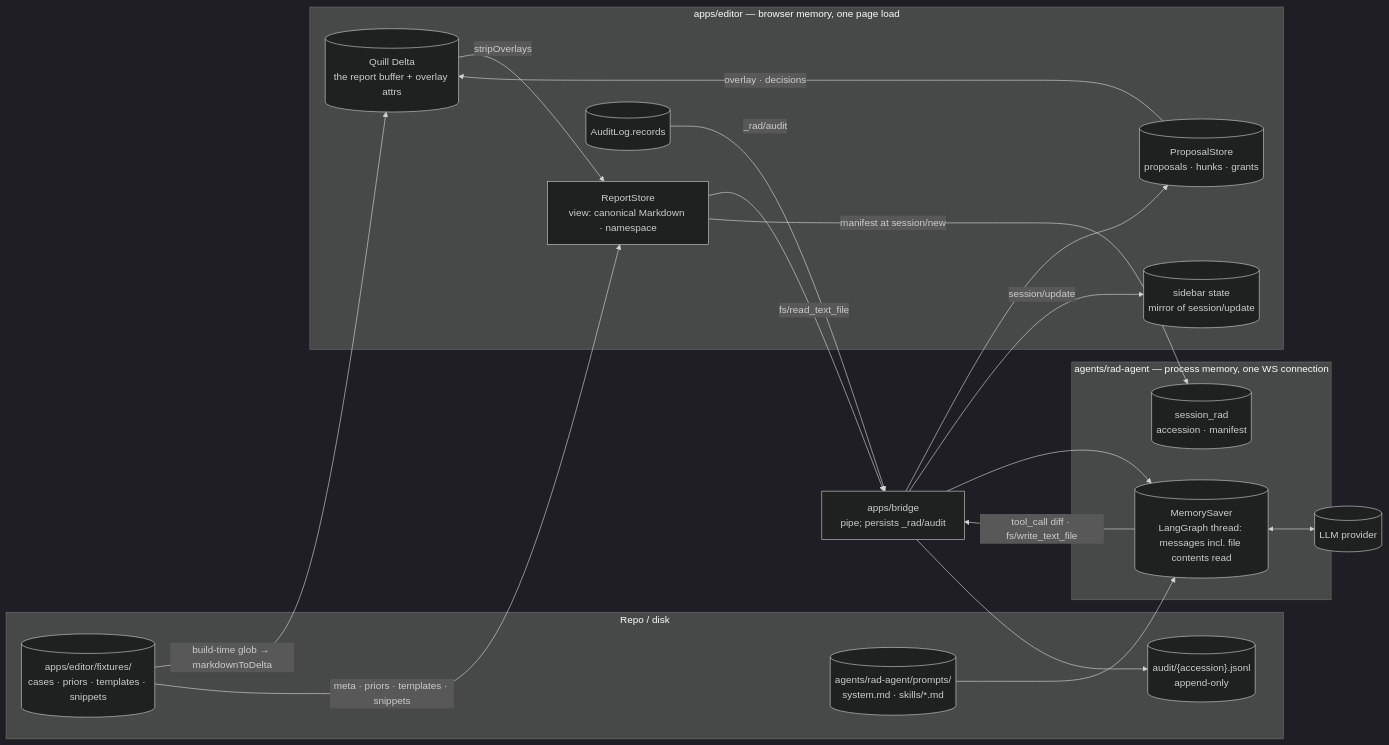
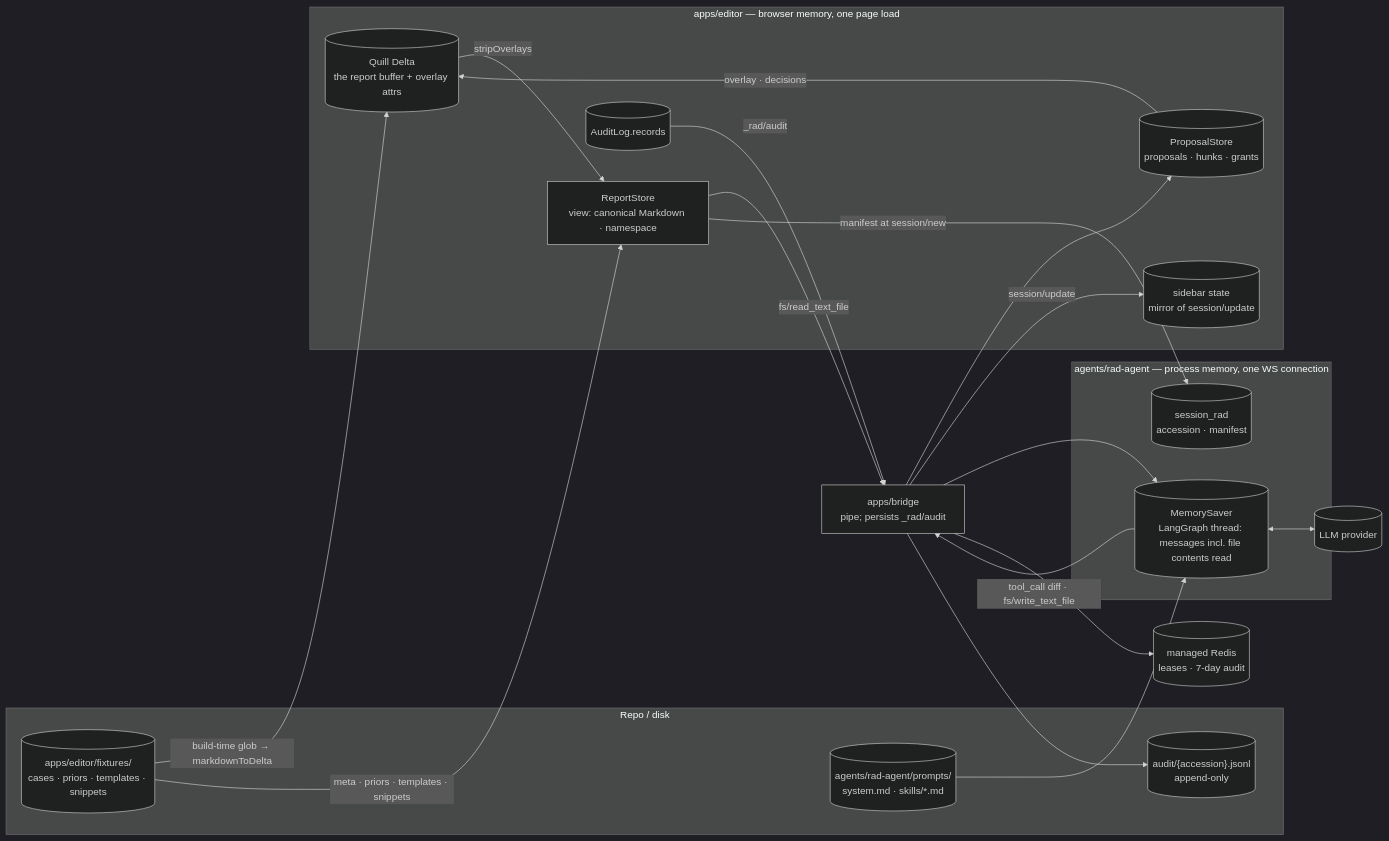
Before and after one commit to Lightbridge-KS/acp-rad-demo: the first of 4 diagrams in docs/design/05-data-architecture.md, drawn with Mermaid (dark theme). The commit also changed other lines of this file and 27 other files, not shown here.

````diff
--- a/docs/design/05-data-architecture.md
+++ b/docs/design/05-data-architecture.md
@@ -28,35 +28,37 @@
 ```mermaid
 flowchart LR
     subgraph disk["Repo / disk"]
         fx[("apps/editor/fixtures/<br/>cases · priors · templates · snippets")]
         prompts[("agents/rad-agent/prompts/<br/>system.md · skills/*.md")]
         auditf[("audit/{accession}.jsonl<br/>append-only")]
     end
     subgraph browser["apps/editor — browser memory, one page load"]
         quill[("Quill Delta<br/>the report buffer + overlay attrs")]
         rs["ReportStore<br/>view: canonical Markdown · namespace"]
         ps[("ProposalStore<br/>proposals · hunks · grants")]
         sb[("sidebar state<br/>mirror of session/update")]
         al[("AuditLog.records")]
     end
+    redis[("managed Redis<br/>leases · 7-day audit")]
     bridge["apps/bridge<br/>pipe; persists _rad/audit"]
     subgraph agent["agents/rad-agent — process memory, one WS connection"]
         sr[("session_rad<br/>accession · manifest")]
         ms[("MemorySaver<br/>LangGraph thread: messages incl. file contents read")]
     end
     llm[("LLM provider")]
     fx -->|"build-time glob → markdownToDelta"| quill
     fx -->|"meta · priors · templates · snippets"| rs
     quill -->|"stripOverlays"| rs
     rs -->|"fs/read_text_file"| bridge
     bridge --> ms
     ms <--> llm
     ms -->|"tool_call diff · fs/write_text_file"| bridge
     bridge --> ps
     ps -->|"overlay · decisions"| quill
     bridge -->|"session/update"| sb
     al -->|"_rad/audit"| bridge
     bridge --> auditf
+    bridge --> redis
     prompts --> ms
     rs -->|"manifest at session/new"| sr
 ```
````
